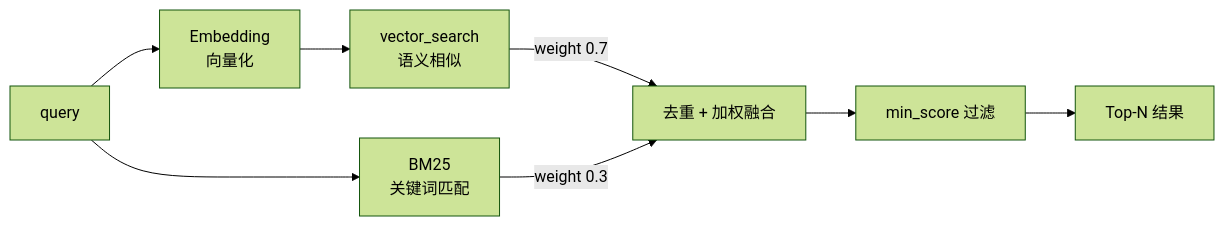
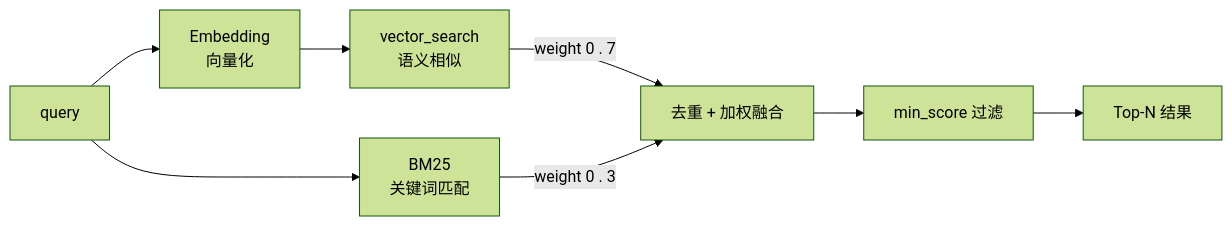
The sixth of 9 diagrams in README_ZH.md (agentscope-ai/ReMe), drawn with Mermaid (forest theme) before and after one commit. The commit also changed other lines of this file and 63 other files, not shown here.

````diff
--- a/README_ZH.md
+++ b/README_ZH.md
@@ -282,10 +283,10 @@
 ```mermaid
 graph LR
     Q[query] --> E[Embedding<br>向量化]
     E --> V[vector_search<br>语义相似]
     Q --> B[BM25<br>关键词匹配]
-    V -->|weight 0.7| M[去重 + 加权融合]
-    B -->|weight 0.3| M
+    V -->|weight 0 . 7| M[去重 + 加权融合]
+    B -->|weight 0 . 3| M
     M --> F[min_score 过滤]
     F --> R[Top-N 结果]
 ```
````
